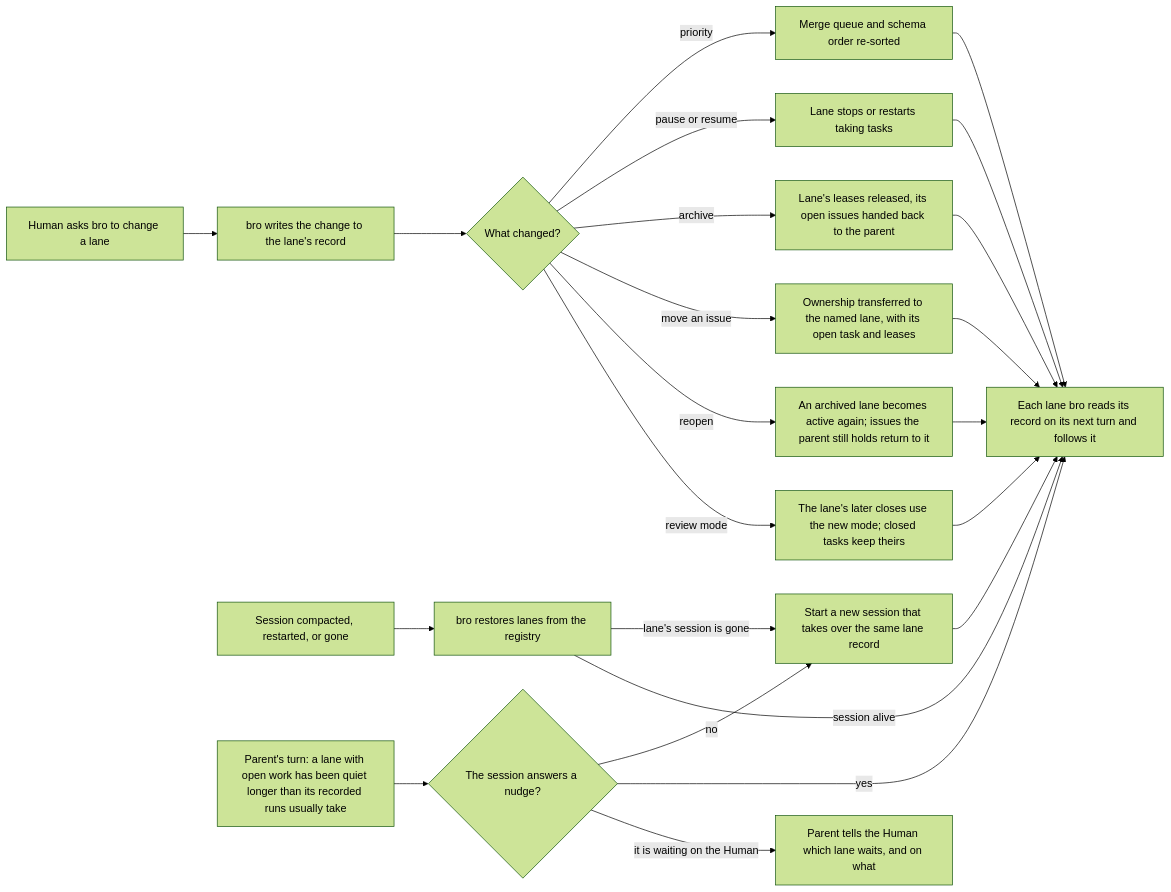
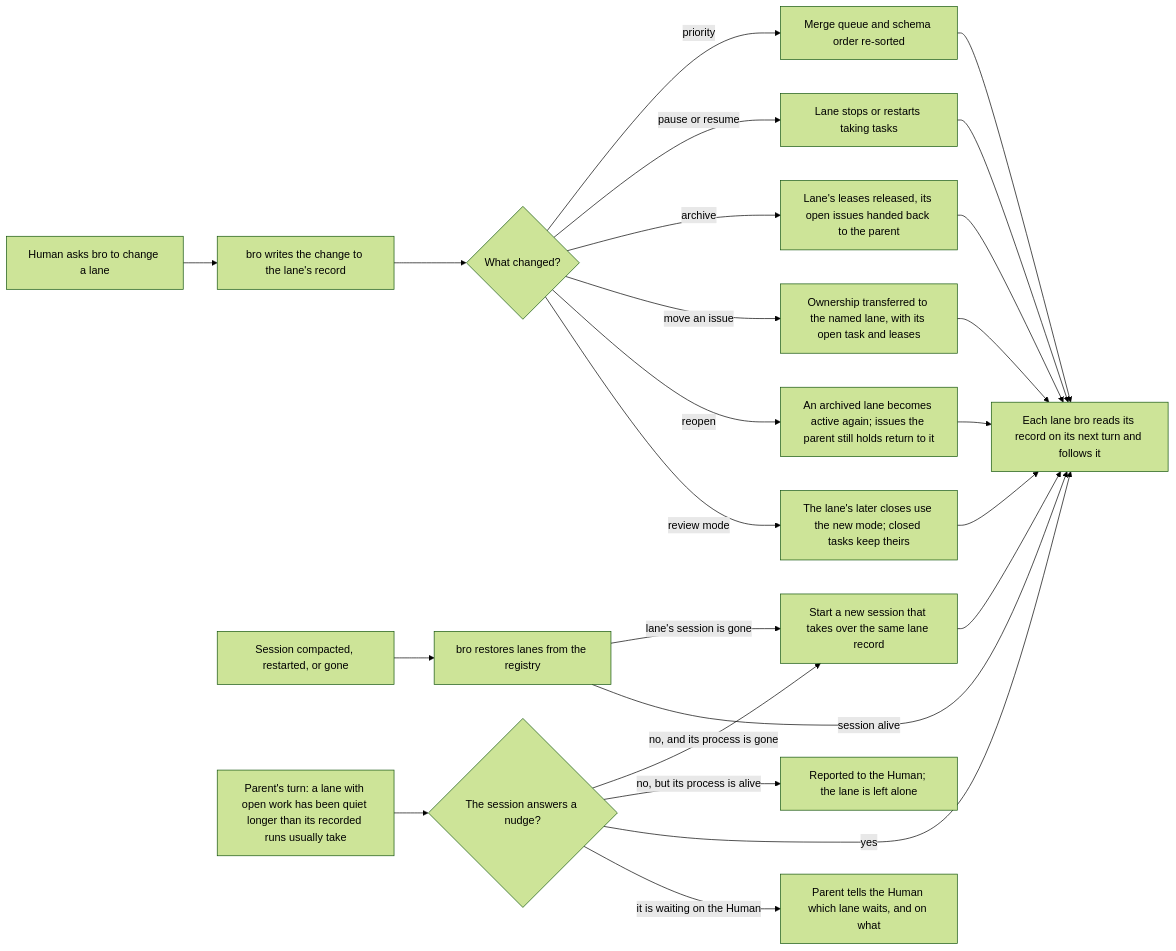
The sixth of 6 diagrams in docs/architecture/LANES.md (trustmybot/plugin), drawn with Mermaid (forest theme) before and after one commit. The commit also changed other lines of this file and 2 other files, not shown here.

````diff
--- a/docs/architecture/LANES.md
+++ b/docs/architecture/LANES.md
@@ -159,25 +163,26 @@
 ```mermaid
 flowchart LR
     A[Human asks bro to change a lane] --> B[bro writes the change to the lane's record]
     B --> C{What changed?}
     C -- priority --> D[Merge queue and schema order re-sorted]
     C -- pause or resume --> E[Lane stops or restarts taking tasks]
     C -- archive --> F[Lane's leases released, its open issues handed back to the parent]
     C -- move an issue --> T[Ownership transferred to the named lane, with its open task and leases]
     C -- reopen --> U[An archived lane becomes active again; issues the parent still holds return to it]
     T --> G
     U --> G
     C -- review mode --> M[The lane's later closes use the new mode; closed tasks keep theirs]
     D --> G[Each lane bro reads its record on its next turn and follows it]
     M --> G
     E --> G
     F --> G
     H[Session compacted, restarted, or gone] --> I[bro restores lanes from the registry]
     I -- lane's session is gone --> J[Start a new session that takes over the same lane record]
     P[Parent's turn: a lane with open work has been quiet longer than its recorded runs usually take] --> Q{The session answers a nudge?}
-    Q -- no --> J
+    Q -- no, and its process is gone --> J
+    Q -- no, but its process is alive --> R[Reported to the Human; the lane is left alone]
     Q -- yes --> G
     Q -- it is waiting on the Human --> W[Parent tells the Human which lane waits, and on what]
     I -- session alive --> G
     J --> G
 ```
````
